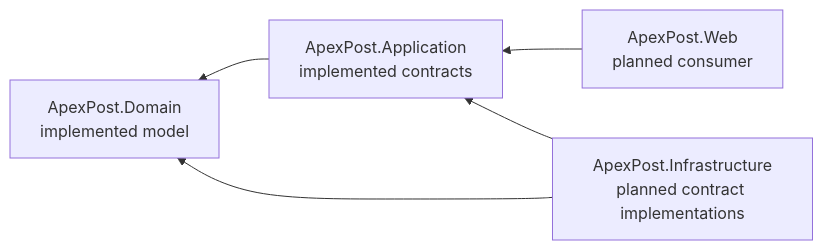
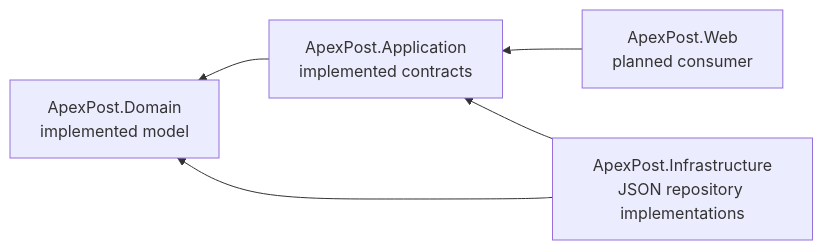
One commit to NarendraDappili/ApexPostLogisticsRepo changed the second of 12 diagrams in DESIGN.md. Above: the diagram before and after it, drawn with Mermaid. The commit also changed other lines of this file and 10 other files, not shown here.

Commit message:
feat(infrastructure): add asynchronous JSON repositories

````diff
--- a/DESIGN.md
+++ b/DESIGN.md
@@ -43,7 +43,7 @@
 ```mermaid
 flowchart RL
     Web[ApexPost.Web<br/>planned consumer] --> Application[ApexPost.Application<br/>implemented contracts]
     Application --> Domain[ApexPost.Domain<br/>implemented model]
-    Infrastructure[ApexPost.Infrastructure<br/>planned contract implementations] --> Application
+    Infrastructure[ApexPost.Infrastructure<br/>JSON repository implementations] --> Application
     Infrastructure --> Domain
 ```
````
